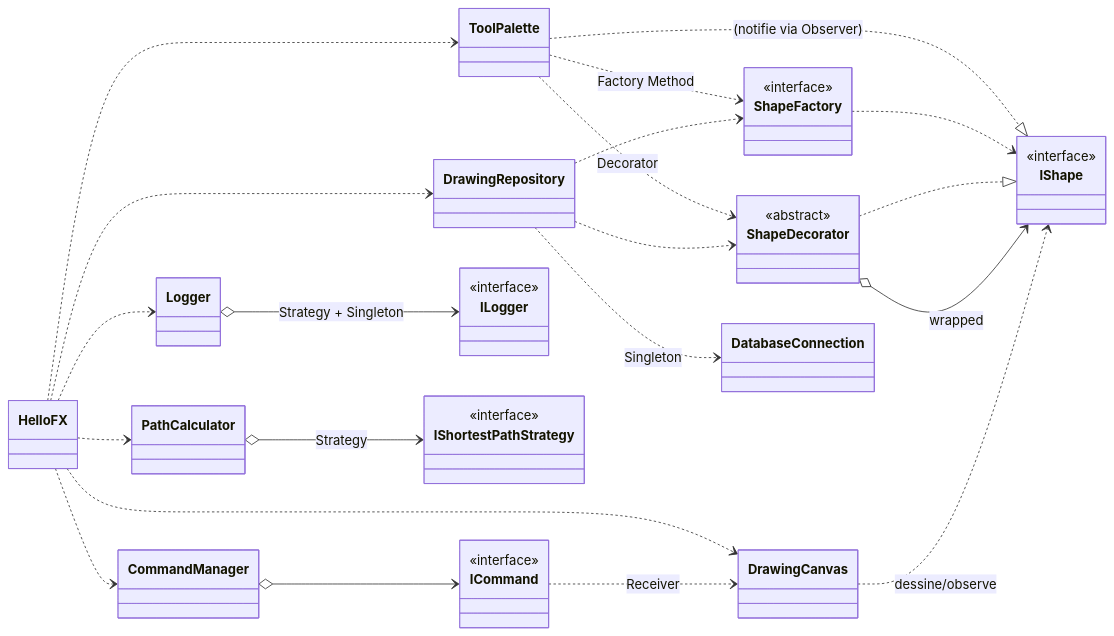
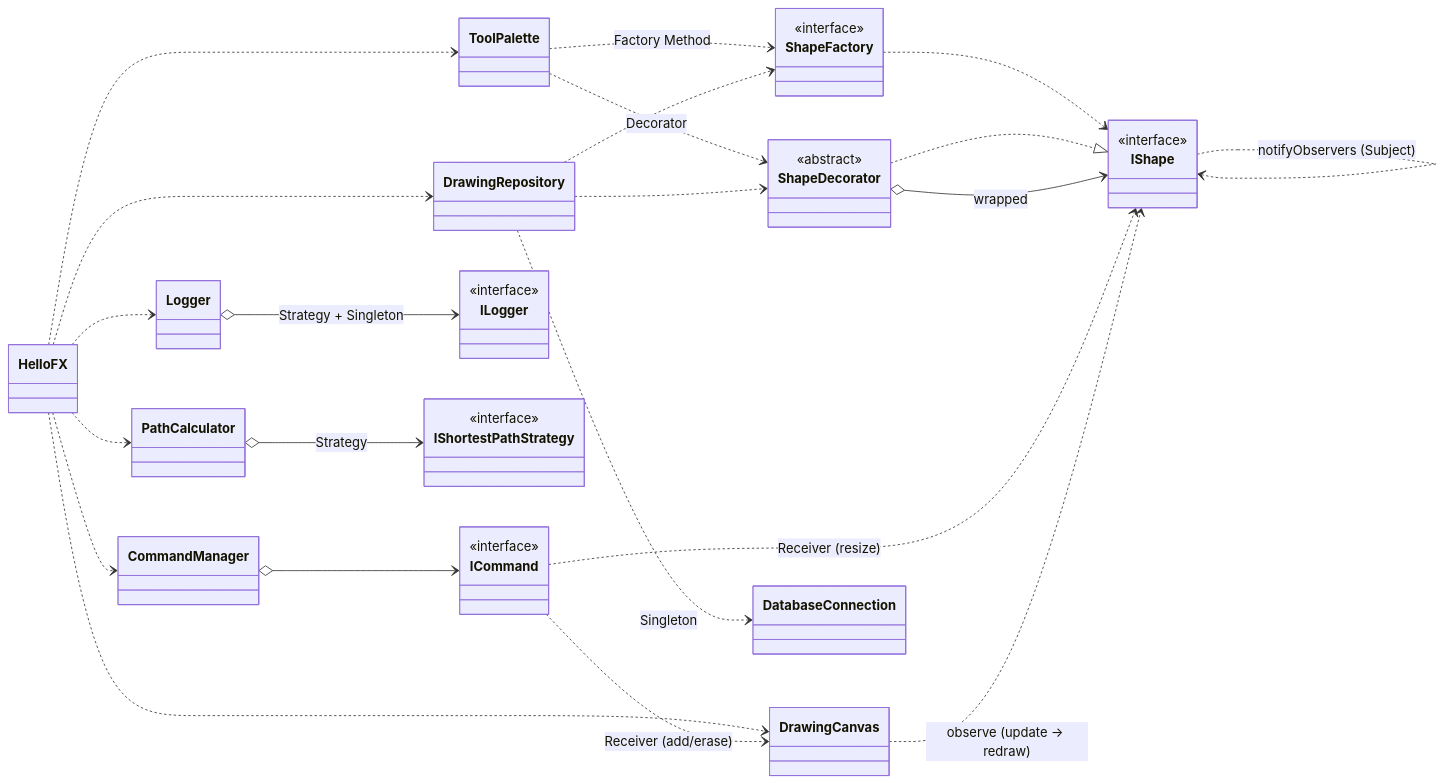
The ninth of 13 diagrams in DOCUMENTATION.md (yosrtaktak/DesignDraw), drawn with Mermaid before and after one commit. The commit also changed other lines of this file and 18 other files, not shown here.

First line of the commit message:
refactor: holder-idiom singletons, proper Observer wiring, class diagram

````diff
--- a/DOCUMENTATION.md
+++ b/DOCUMENTATION.md
@@ -512,56 +667,57 @@
 ```mermaid
 classDiagram
     direction LR
 
     class HelloFX
     class ToolPalette
     class DrawingCanvas
     class CommandManager
     class ICommand {
         <<interface>>
     }
     class IShape {
         <<interface>>
     }
     class ShapeFactory {
         <<interface>>
     }
     class ShapeDecorator {
         <<abstract>>
     }
     class Logger
     class ILogger {
         <<interface>>
     }
     class PathCalculator
     class IShortestPathStrategy {
         <<interface>>
     }
     class DrawingRepository
     class DatabaseConnection
 
     HelloFX ..> ToolPalette
     HelloFX ..> DrawingCanvas
     HelloFX ..> CommandManager
     HelloFX ..> Logger
     HelloFX ..> PathCalculator
     HelloFX ..> DrawingRepository
 
     ToolPalette ..> ShapeFactory : Factory Method
     ToolPalette ..> ShapeDecorator : Decorator
-    ToolPalette ..|> IShape : (notifie via Observer)
     ShapeFactory ..> IShape
     ShapeDecorator ..|> IShape
     ShapeDecorator o--> IShape : wrapped
+    IShape ..> IShape : notifyObservers (Subject)
 
     CommandManager o--> ICommand
-    ICommand ..> DrawingCanvas : Receiver
-    DrawingCanvas ..> IShape : dessine/observe
+    ICommand ..> DrawingCanvas : Receiver (add/erase)
+    ICommand ..> IShape : Receiver (resize)
+    DrawingCanvas ..> IShape : observe (update → redraw)
 
     Logger o--> ILogger : Strategy + Singleton
     PathCalculator o--> IShortestPathStrategy : Strategy
 
     DrawingRepository ..> DatabaseConnection : Singleton
     DrawingRepository ..> ShapeFactory
     DrawingRepository ..> ShapeDecorator
 ```
````
